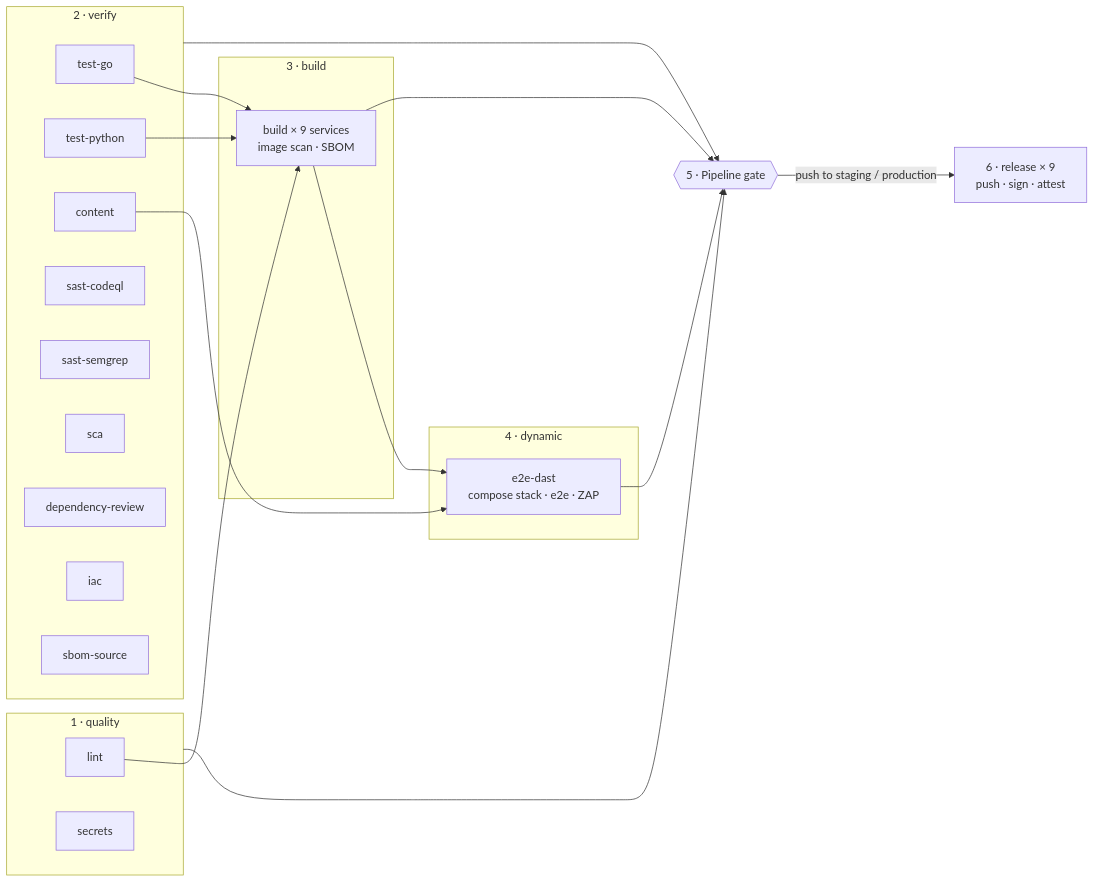
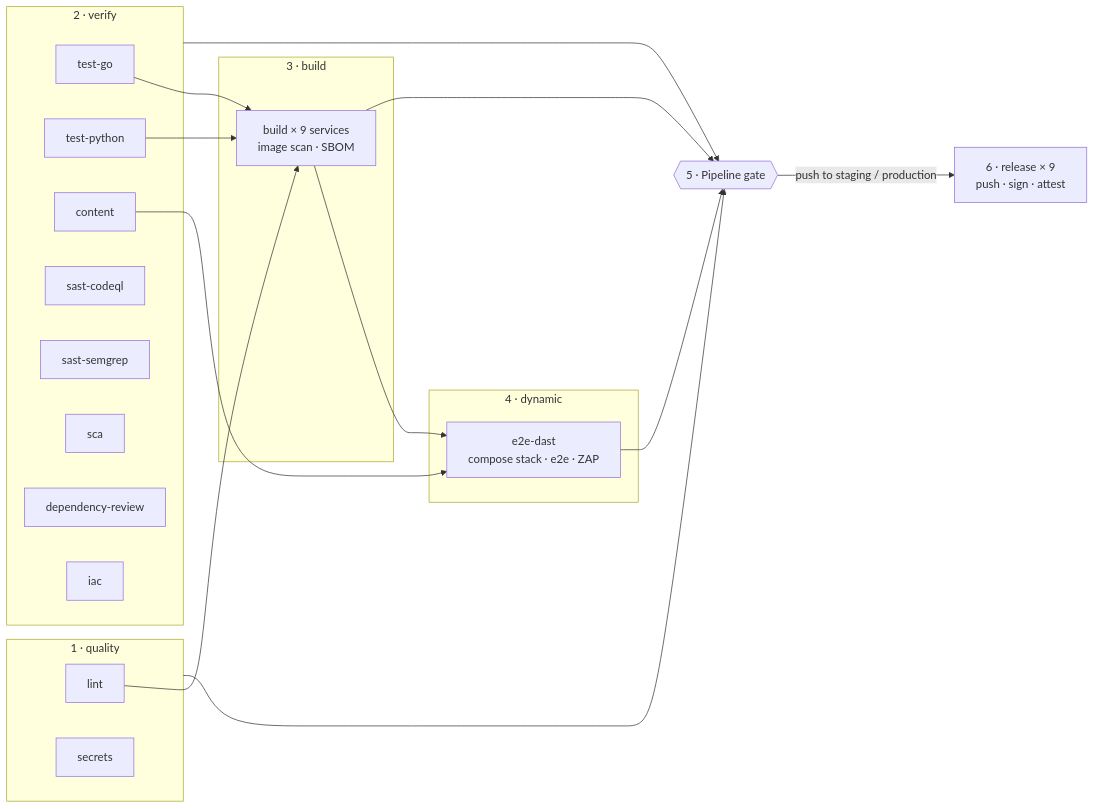
The second of 2 diagrams in docs/operations/ci-cd.md (yusufarbc/elastic-genai-secops), drawn with Mermaid before and after one commit. The commit also changed other lines of this file and 2 other files, not shown here.

````diff
--- a/docs/operations/ci-cd.md
+++ b/docs/operations/ci-cd.md
@@ -76,31 +77,30 @@
 ```mermaid
 flowchart LR
     subgraph Q[1 · quality]
         L[lint]
         SEC[secrets]
     end
     subgraph V[2 · verify]
         TG[test-go]
         TP[test-python]
         C[content]
         CQ[sast-codeql]
         SG[sast-semgrep]
         SCA[sca]
         DR[dependency-review]
         IAC[iac]
-        SB[sbom-source]
     end
     subgraph B[3 · build]
         BI[build × 9 services<br/>image scan · SBOM]
     end
     subgraph DY[4 · dynamic]
         E[e2e-dast<br/>compose stack · e2e · ZAP]
     end
     G{{5 · Pipeline gate}}
     R[6 · release × 9<br/>push · sign · attest]
 
     L & TG & TP --> BI
     BI & C --> E
     Q & V & BI & E --> G
     G -->|push to staging / production| R
 ```
````
